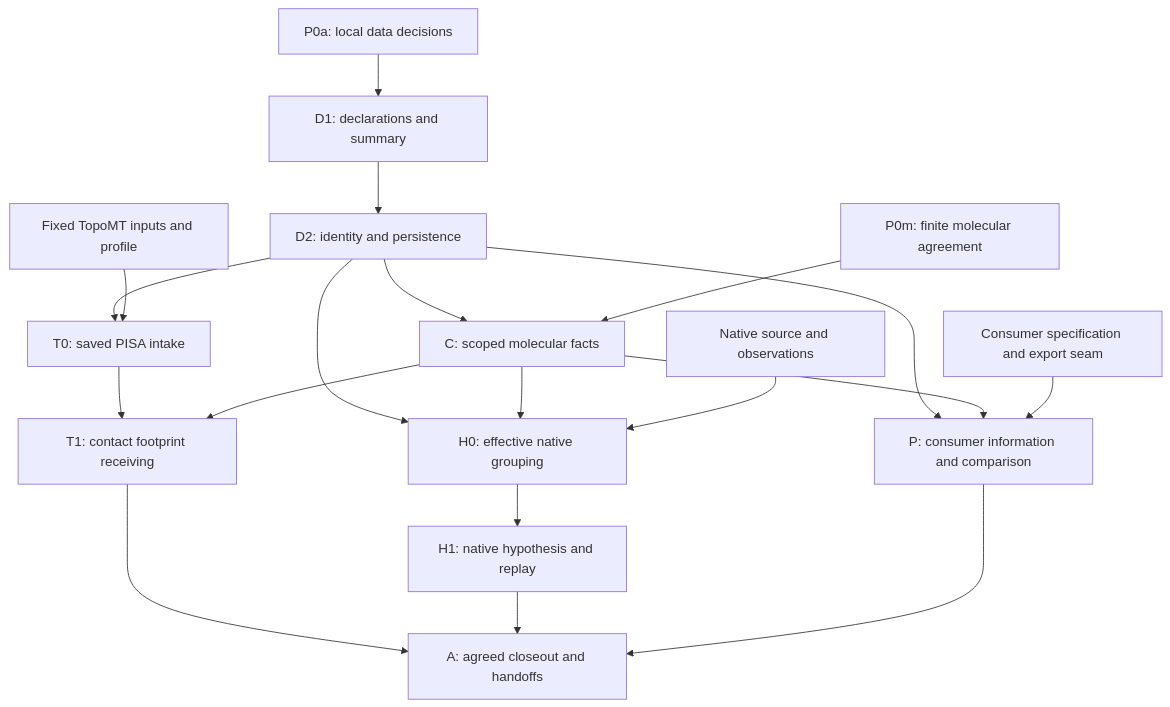
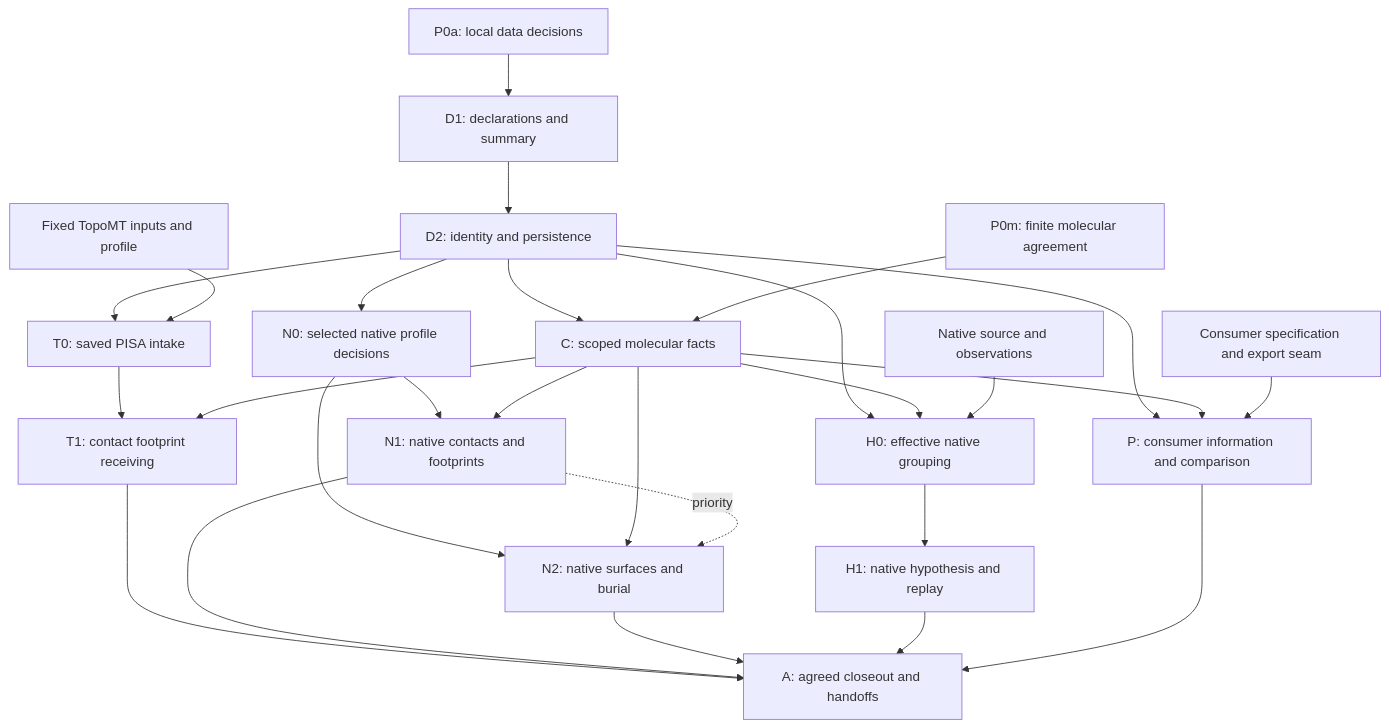
The diagram in devguide/binding_interface_implementation_plan.md (uibcdf/dockingmt), drawn with Mermaid before and after one commit. The commit also changed other lines of this file and 10 other files, not shown here.

Commit message:
Plan native BindingInterface contacts and burial [skip ci]

````diff
--- a/devguide/binding_interface_implementation_plan.md
+++ b/devguide/binding_interface_implementation_plan.md
@@ -108,21 +138,29 @@
 ```mermaid
 flowchart TD
     P0a[P0a: local data decisions] --> D1[D1: declarations and summary]
     D1 --> D2[D2: identity and persistence]
     D2 --> C[C: scoped molecular facts]
     P0m[P0m: finite molecular agreement] --> C
+    D2 --> N0[N0: selected native profile decisions]
+    N0 --> N1[N1: native contacts and footprints]
+    C --> N1
+    N0 --> N2[N2: native surfaces and burial]
+    C --> N2
+    N1 -. priority .-> N2
     D2 --> T0[T0: saved PISA intake]
     IT[Fixed TopoMT inputs and profile] --> T0
     T0 --> T1[T1: contact footprint receiving]
     C --> T1
     D2 --> H0[H0: effective native grouping]
     C --> H0
     IH[Native source and observations] --> H0
     H0 --> H1[H1: native hypothesis and replay]
     D2 --> P[P: consumer information and comparison]
     C --> P
     IP[Consumer specification and export seam] --> P
     T1 --> A[A: agreed closeout and handoffs]
+    N1 --> A
+    N2 --> A
     H1 --> A
     P --> A
 ```
````
